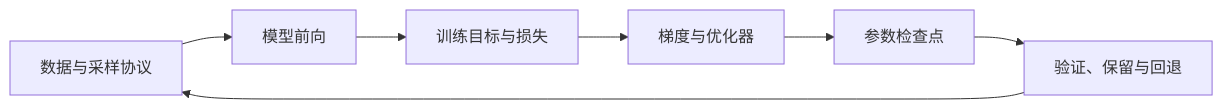
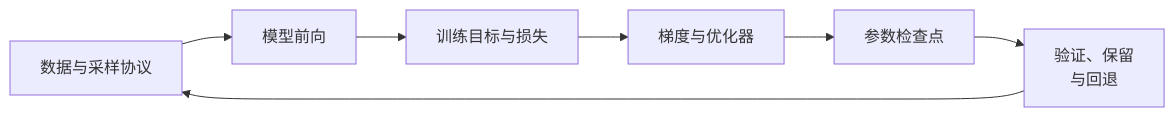
The diagram in wiki/modules/训练.md (yanbozhang/llm-systems-wiki), drawn with Mermaid before and after one commit. The commit also changed other lines of this file and 44 other files, not shown here.

Commit message:
feat(diagrams): unify architecture visuals and diagram controls

````diff
--- a/wiki/modules/训练.md
+++ b/wiki/modules/训练.md
@@ -5,9 +12,9 @@
 ```mermaid
 flowchart LR
   Data["数据与采样协议"] --> Forward["模型前向"]
   Forward --> Loss["训练目标与损失"]
   Loss --> Update["梯度与优化器"]
   Update --> Checkpoint["参数检查点"]
-  Checkpoint --> Evaluate["验证、保留与回退"]
+  Checkpoint --> Evaluate["验证、保留<br/>与回退"]
   Evaluate --> Data
 ```
````
